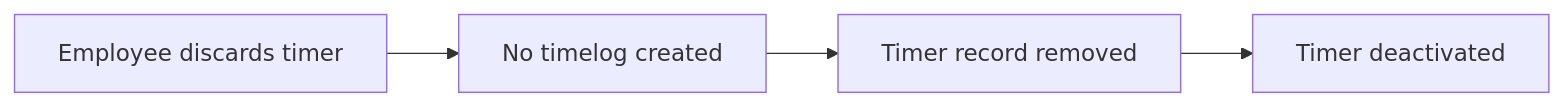
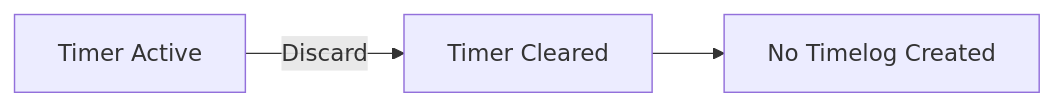
One commit to wrtnlabs/autobe-examples changed the eighth of 10 diagrams in z-ai/glm-5/erp/docs/analysis/03-functional-requirements.md. Above: the diagram before and after it, drawn with Mermaid. The commit also changed other lines of this file and 3761 other files, not shown here.

````diff
--- a/z-ai/glm-5/erp/docs/analysis/03-functional-requirements.md
+++ b/z-ai/glm-5/erp/docs/analysis/03-functional-requirements.md
@@ -1229,6 +921,5 @@
 ```mermaid
 flowchart LR
-    A["Employee discards timer"] --> B["No timelog created"]
-    B --> C["Timer record removed"]
-    C --> D["Timer deactivated"]
+    A["Timer Active"] -->|"Discard"| B["Timer Cleared"]
+    B --> C["No Timelog Created"]
 ```
````
